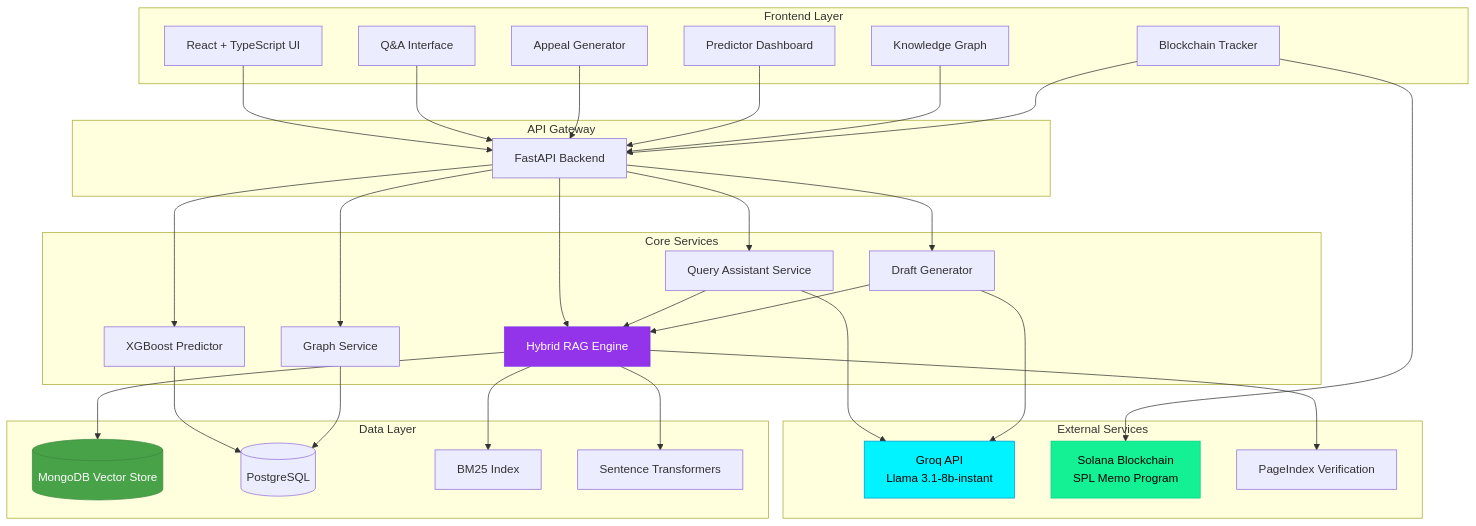
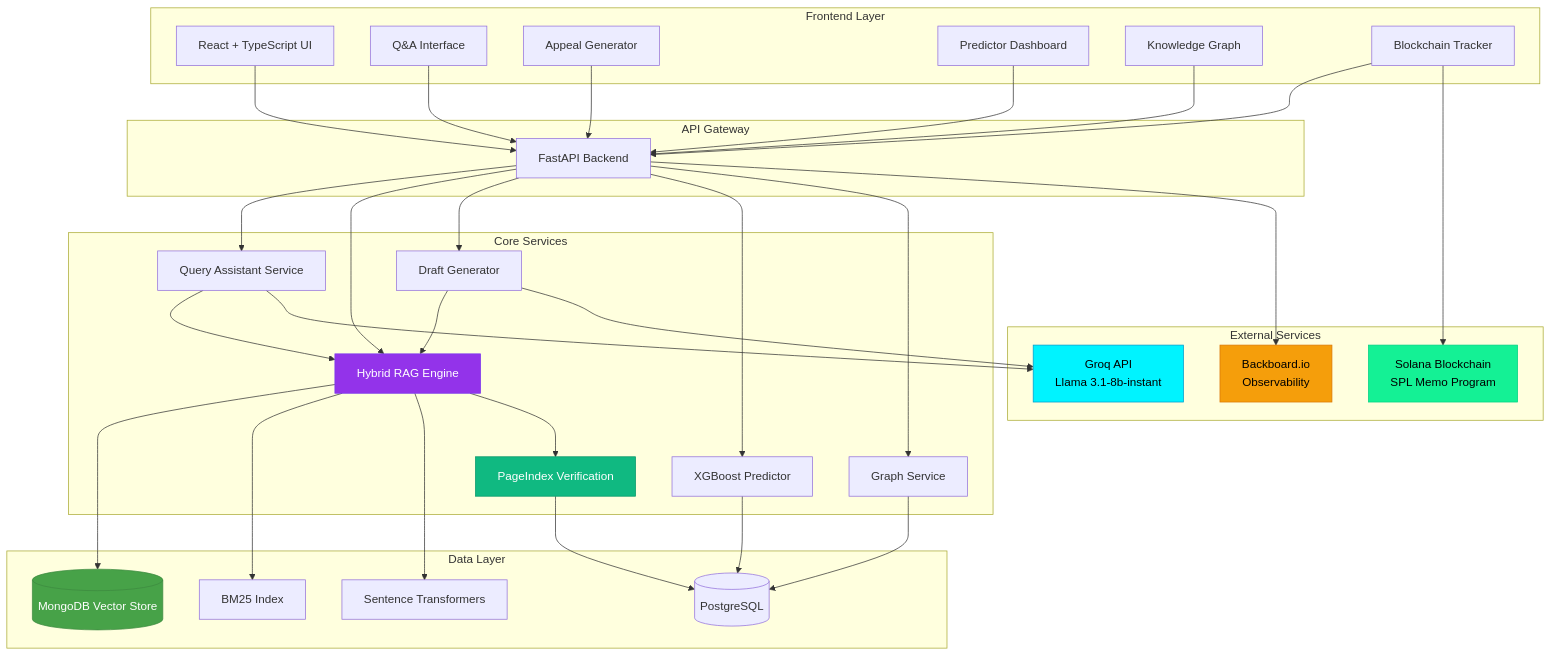
The first of 7 diagrams in docs/ARCHITECTURE.md (MohitSahoo/RTI_Lens), drawn with Mermaid before and after one commit. The commit also changed other lines of this file and 2 other files, not shown here.

````diff
--- a/docs/ARCHITECTURE.md
+++ b/docs/ARCHITECTURE.md
@@ -5,66 +5,71 @@
 ```mermaid
 graph TB
     subgraph "Frontend Layer"
         UI[React + TypeScript UI]
         QA[Q&A Interface]
         AG[Appeal Generator]
         PR[Predictor Dashboard]
         KG[Knowledge Graph]
         BC[Blockchain Tracker]
     end
 
     subgraph "API Gateway"
         API[FastAPI Backend]
     end
 
     subgraph "Core Services"
         QAS[Query Assistant Service]
         RAG[Hybrid RAG Engine]
+        PI[PageIndex Verification]
         DG[Draft Generator]
         ML[XGBoost Predictor]
         GS[Graph Service]
     end
 
     subgraph "Data Layer"
         MDB[(MongoDB Vector Store)]
         PG[(PostgreSQL)]
         BM25[BM25 Index]
         VEC[Sentence Transformers]
     end
 
     subgraph "External Services"
         GROQ[Groq API<br/>Llama 3.1-8b-instant]
         SOL[Solana Blockchain<br/>SPL Memo Program]
-        PI[PageIndex Verification]
+        BB[Backboard.io<br/>Observability]
     end
 
     UI --> API
     QA --> API
     AG --> API
     PR --> API
     KG --> API
     BC --> API
 
     API --> QAS
     API --> RAG
     API --> DG
     API --> ML
     API --> GS
+    API --> BB
 
     QAS --> RAG
     QAS --> GROQ
     DG --> RAG
     DG --> GROQ
     RAG --> MDB
     RAG --> BM25
     RAG --> VEC
     RAG --> PI
+    PI --> PG
     ML --> PG
     GS --> PG
     BC --> SOL
 
     style GROQ fill:#00f3ff,stroke:#0099cc,color:#000
     style RAG fill:#9333ea,stroke:#7c3aed,color:#fff
+    style PI fill:#10b981,stroke:#059669,color:#fff
     style MDB fill:#47a248,stroke:#3d8b40,color:#fff
     style SOL fill:#14f195,stroke:#00d084,color:#000
+    style BB fill:#f59e0b,stroke:#d97706,color:#000
 ```
````
